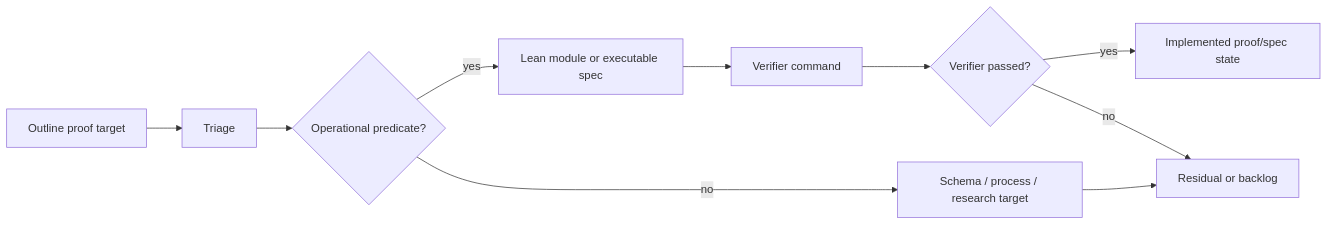
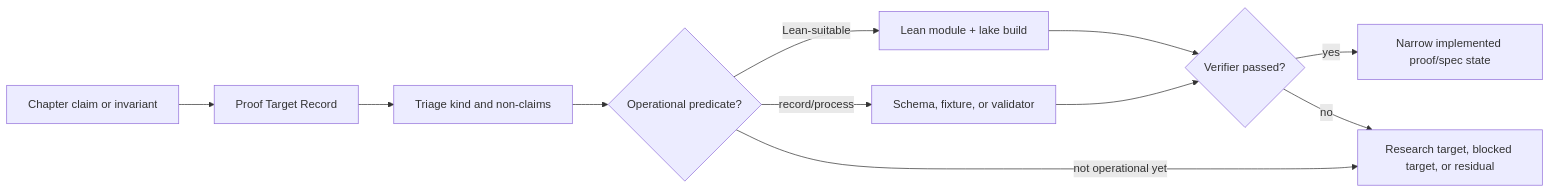
One commit to corbensorenson/asi-stack-book changed the diagram in chapters/executable-specifications-and-lean-proof-envelope.qmd. Above: the diagram before and after it, drawn with Mermaid. The commit also changed other lines of this file and 39 other files, not shown here.

````diff
--- a/chapters/executable-specifications-and-lean-proof-envelope.qmd
+++ b/chapters/executable-specifications-and-lean-proof-envelope.qmd
@@ -68,12 +68,13 @@
 ```{mermaid}
 flowchart LR
-  A["Outline proof target"] --> B["Triage"]
-  B --> C{"Operational predicate?"}
-  C -- "yes" --> D["Lean module or executable spec"]
-  C -- "no" --> E["Schema / process / research target"]
-  D --> F["Verifier command"]
-  E --> G["Residual or backlog"]
-  F --> H{"Verifier passed?"}
-  H -- "yes" --> I["Implemented proof/spec state"]
+  A["Chapter claim or invariant"] --> B["Proof Target Record"]
+  B --> C["Triage kind and non-claims"]
+  C --> D{"Operational predicate?"}
+  D -- "Lean-suitable" --> E["Lean module + lake build"]
+  D -- "record/process" --> F["Schema, fixture, or validator"]
+  D -- "not operational yet" --> G["Research target, blocked target, or residual"]
+  E --> H{"Verifier passed?"}
+  F --> H
+  H -- "yes" --> I["Narrow implemented proof/spec state"]
   H -- "no" --> G
 ```
````
